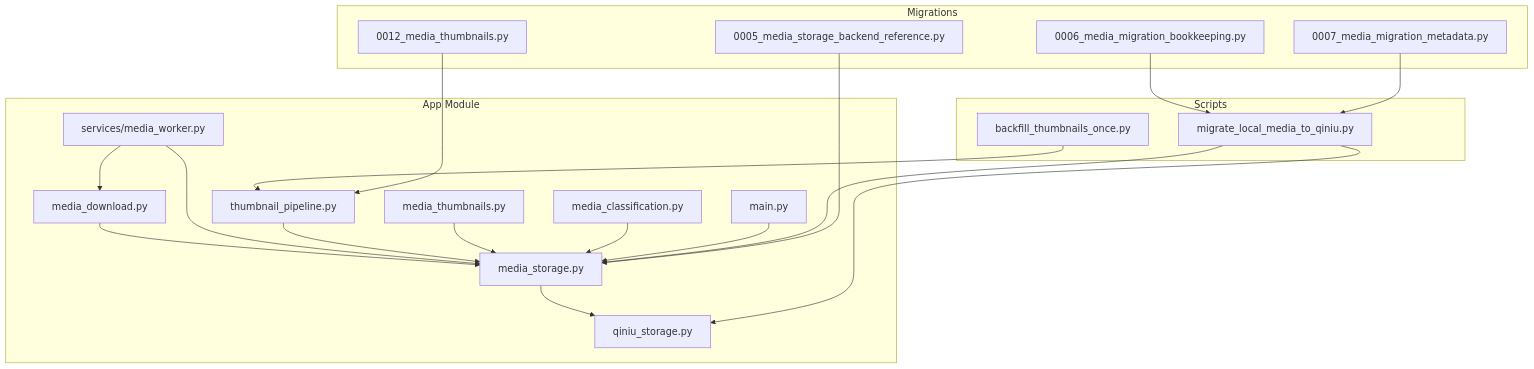
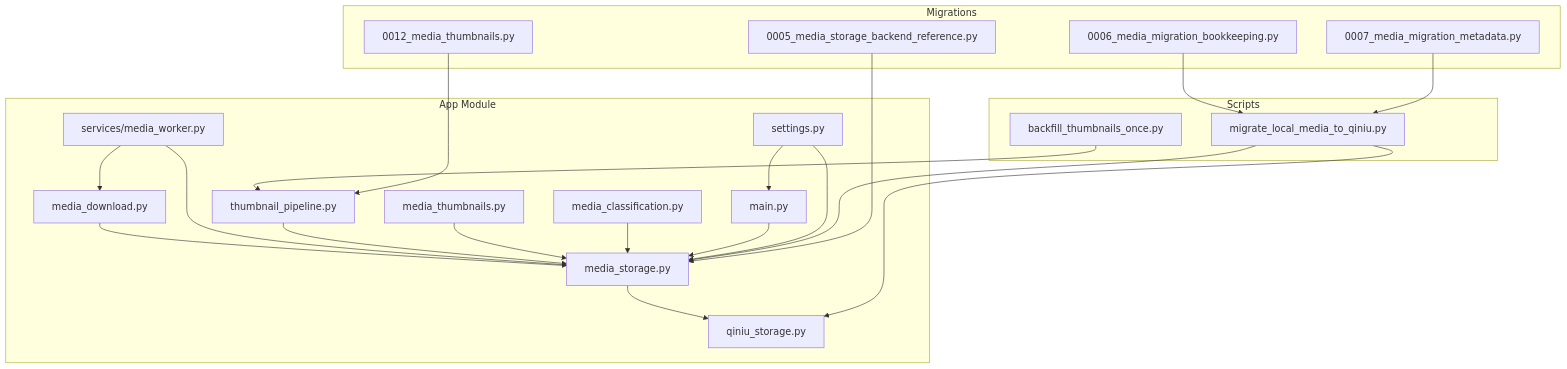
Before and after one commit to zuohaisu/wecom-archive: the first of 11 diagrams in .qoder/repowiki/en/content/Architecture/Storage Abstraction Layer/Storage Abstraction Layer.md, drawn with Mermaid. The commit also changed other lines of this file and 97 other files, not shown here.

````diff
--- a/.qoder/repowiki/en/content/Architecture/Storage Abstraction Layer/Storage Abstraction Layer.md
+++ b/.qoder/repowiki/en/content/Architecture/Storage Abstraction Layer/Storage Abstraction Layer.md
@@ -51,38 +53,41 @@
 ```mermaid
 graph TB
 subgraph "App Module"
 A["media_storage.py"]
 B["qiniu_storage.py"]
 C["media_download.py"]
 D["services/media_worker.py"]
 E["thumbnail_pipeline.py"]
 F["media_thumbnails.py"]
 G["media_classification.py"]
 H["main.py"]
+I["settings.py"]
 end
 subgraph "Migrations"
 M1["0005_media_storage_backend_reference.py"]
 M2["0006_media_migration_bookkeeping.py"]
 M3["0007_media_migration_metadata.py"]
 M4["0012_media_thumbnails.py"]
 end
 subgraph "Scripts"
 S1["migrate_local_media_to_qiniu.py"]
 S2["backfill_thumbnails_once.py"]
 end
 A --> B
 C --> A
 D --> C
 D --> A
 E --> A
 F --> A
 G --> A
 H --> A
+I --> A
+I --> H
 S1 --> A
 S1 --> B
 S2 --> E
 M1 --> A
 M2 --> S1
 M3 --> S1
 M4 --> E
 ```
````
